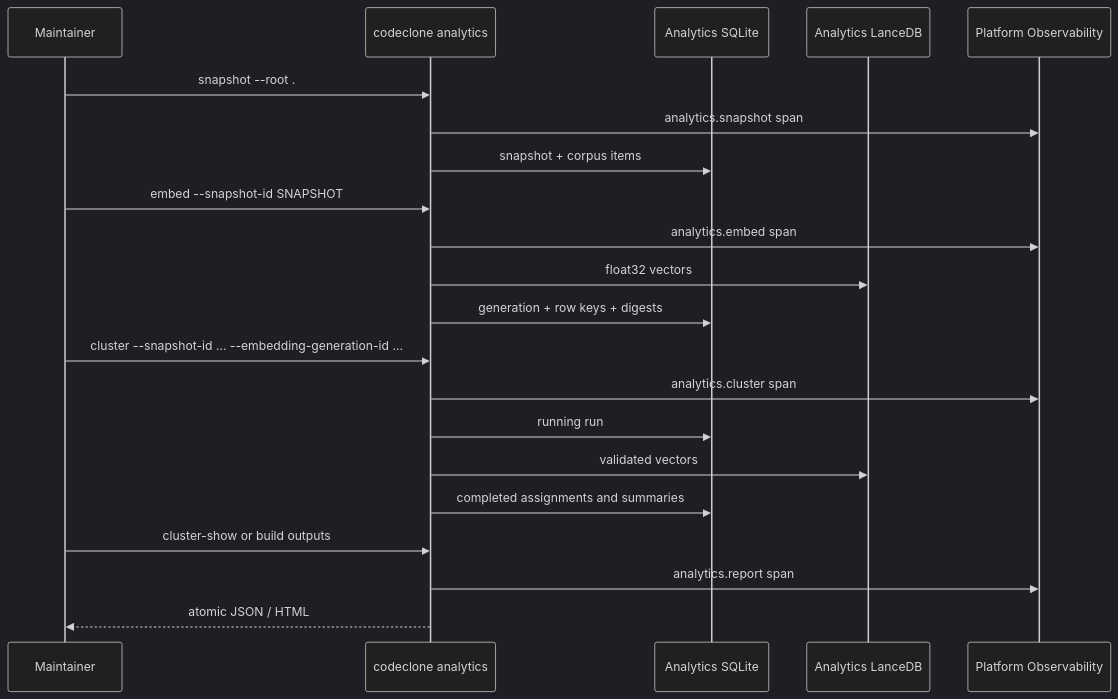
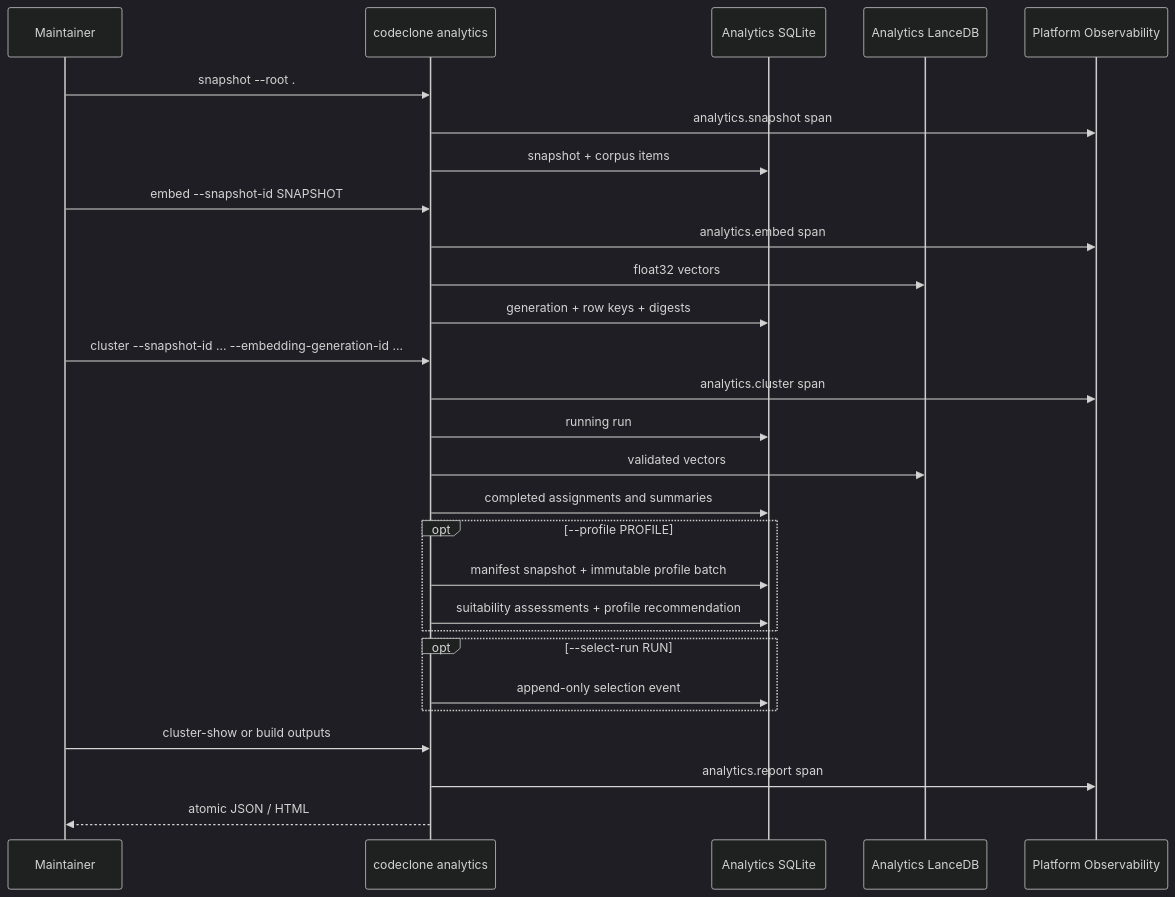
Before and after one commit to orenlab/codeclone: the second of 4 diagrams in docs/book/27-corpus-analytics.md, drawn with Mermaid (dark theme). The commit also changed other lines of this file and 37 other files, not shown here.

Commit message:
feat(analytics): add profile control plane with manifests, suitability, and ranked sweeps

````diff
--- a/docs/book/27-corpus-analytics.md
+++ b/docs/book/27-corpus-analytics.md
@@ -56,23 +58,30 @@
 ```mermaid
 sequenceDiagram
     participant U as Maintainer
     participant CLI as codeclone analytics
     participant SQL as Analytics SQLite
     participant V as Analytics LanceDB
     participant O as Platform Observability
     U ->> CLI: snapshot --root .
     CLI ->> O: analytics.snapshot span
     CLI ->> SQL: snapshot + corpus items
     U ->> CLI: embed --snapshot-id SNAPSHOT
     CLI ->> O: analytics.embed span
     CLI ->> V: float32 vectors
     CLI ->> SQL: generation + row keys + digests
     U ->> CLI: cluster --snapshot-id ... --embedding-generation-id ...
     CLI ->> O: analytics.cluster span
     CLI ->> SQL: running run
     CLI ->> V: validated vectors
     CLI ->> SQL: completed assignments and summaries
+    opt --profile PROFILE
+        CLI ->> SQL: manifest snapshot + immutable profile batch
+        CLI ->> SQL: suitability assessments + profile recommendation
+    end
+    opt --select-run RUN
+        CLI ->> SQL: append-only selection event
+    end
     U ->> CLI: cluster-show or build outputs
     CLI ->> O: analytics.report span
     CLI -->> U: atomic JSON / HTML
 ```
````
